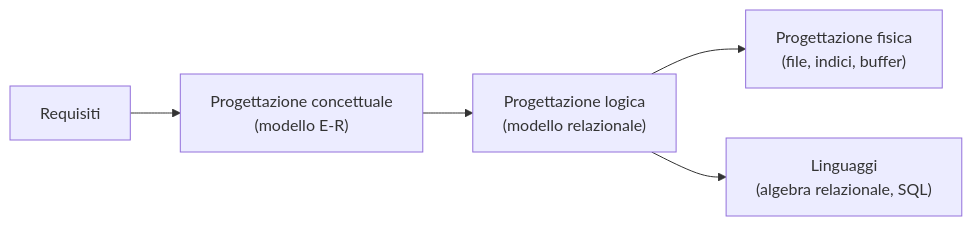
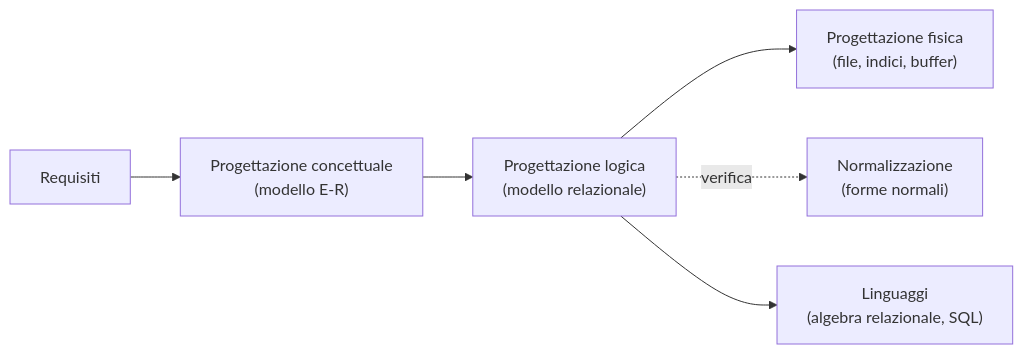
One commit to BrugnoliDavide/appunti_Basi_di_Dati_2k27 changed the diagram in 00 Indice.md. Above: the diagram before and after it, drawn with Mermaid. The commit also changed other lines of this file and 3 other files, not shown here.

````diff
--- a/00 Indice.md
+++ b/00 Indice.md
@@ -9,7 +9,8 @@
 ```mermaid
 flowchart LR
   R[Requisiti] --> C["Progettazione concettuale<br/>(modello E-R)"]
   C --> L["Progettazione logica<br/>(modello relazionale)"]
   L --> F["Progettazione fisica<br/>(file, indici, buffer)"]
+  L -.->|verifica| N["Normalizzazione<br/>(forme normali)"]
   L --> Q["Linguaggi<br/>(algebra relazionale, SQL)"]
 ```
````
